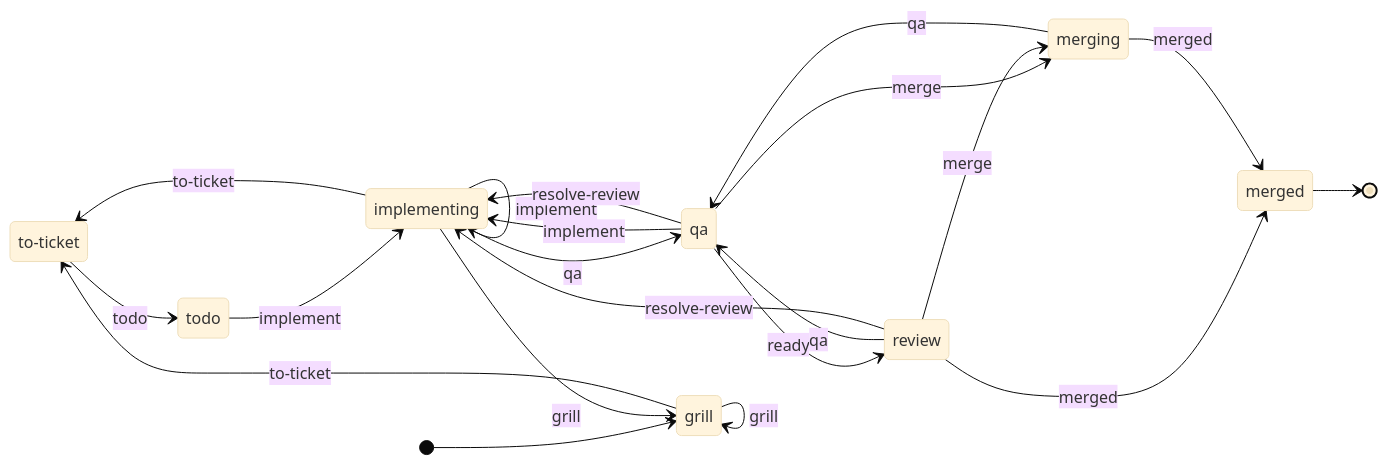
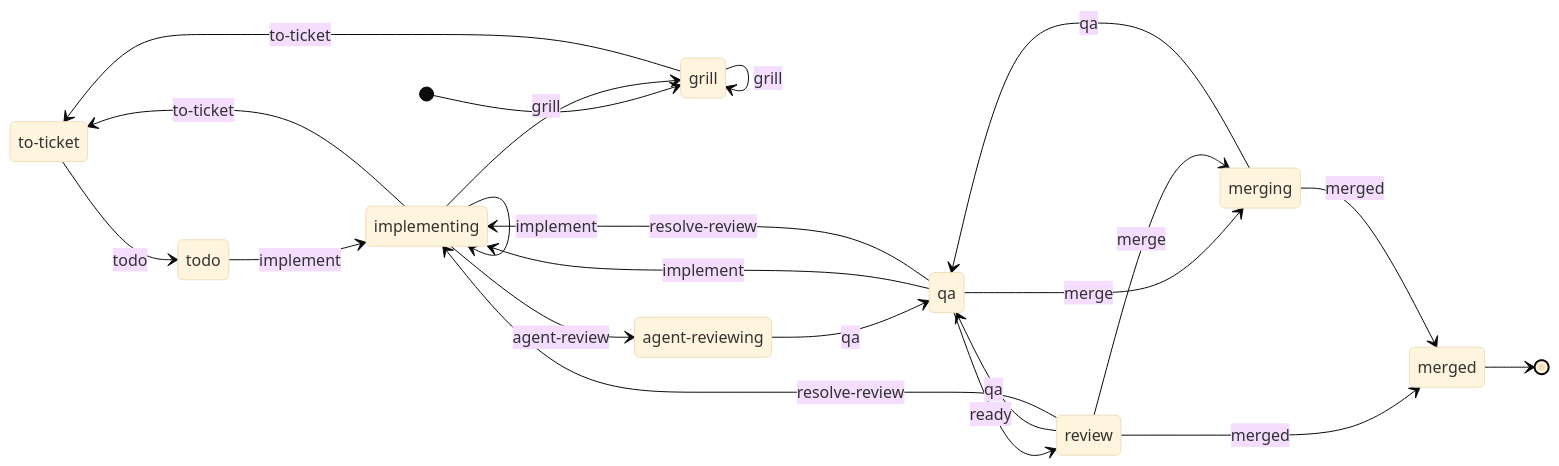
The diagram in apps/mb-workflow/docs/flow.md (MartinBernstorff/mb-workflow), drawn with Mermaid (base theme) before and after one commit. The commit also changed 14 other files, not shown here.

First line of the commit message:
feat(flow): agent reviews its own work before QA (MB-172)

````diff
--- a/apps/mb-workflow/docs/flow.md
+++ b/apps/mb-workflow/docs/flow.md
@@ -1,25 +1,27 @@
 ```mermaid
 stateDiagram-v2
     direction LR
     state "to-ticket" as to_ticket
+    state "agent-reviewing" as agent_reviewing
     [*] --> grill
     merged --> [*]
     grill --> grill : grill
     grill --> to_ticket : to-ticket
     to_ticket --> todo : todo
     todo --> implementing : implement
     implementing --> grill : grill
     implementing --> to_ticket : to-ticket
     implementing --> implementing : implement
-    implementing --> qa : qa
+    implementing --> agent_reviewing : agent-review
+    agent_reviewing --> qa : qa
     qa --> implementing : implement
     qa --> review : ready
     qa --> merging : merge
     qa --> implementing : resolve-review
     review --> qa : qa
     review --> merging : merge
     review --> merged : merged
     review --> implementing : resolve-review
     merging --> qa : qa
     merging --> merged : merged
 ```
````
